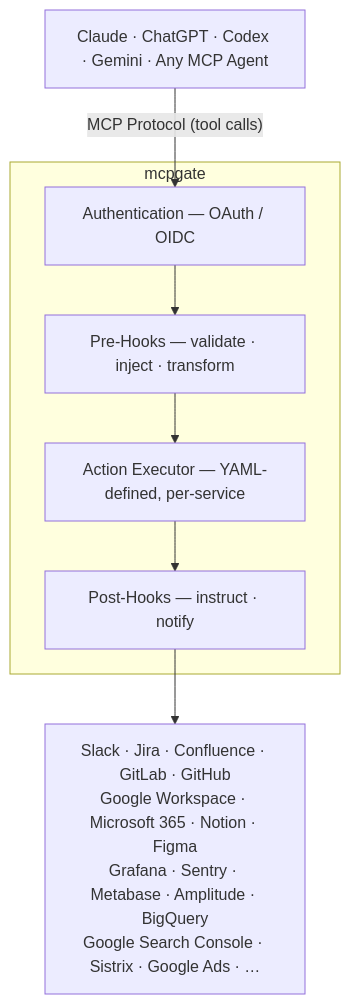
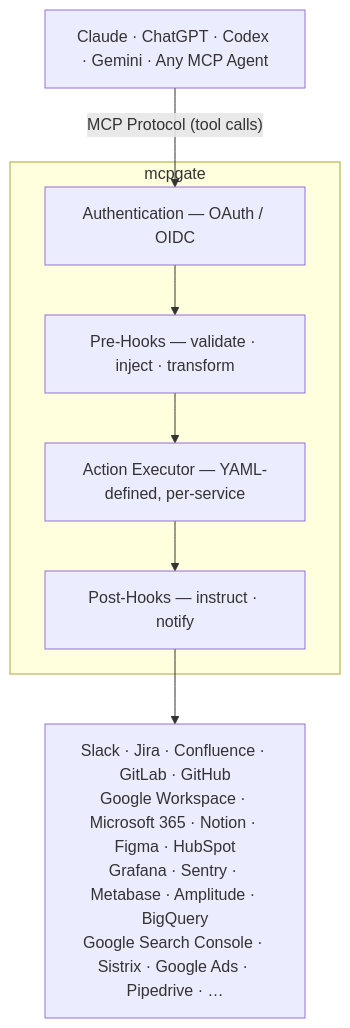
One commit to Mcpgate-de/mcpgate changed the diagram in README.md. Above: the diagram before and after it, drawn with Mermaid. The commit also changed other lines of this file, not shown here.

First line of the commit message:
docs: sync README service catalog with mcpgate.de (36 services)

````diff
--- a/README.md
+++ b/README.md
@@ -74,19 +74,19 @@
 ```mermaid
 flowchart TB
     AI["Claude · ChatGPT · Codex · Gemini · Any MCP Agent"]
     
     AI -- "MCP Protocol (tool calls)" --> Auth
 
     subgraph GW["mcpgate"]
         Auth["Authentication — OAuth / OIDC"]
         Pre["Pre-Hooks — validate · inject · transform"]
         Exec["Action Executor — YAML-defined, per-service"]
         Post["Post-Hooks — instruct · notify"]
 
         Auth --> Pre --> Exec --> Post
     end
 
     Post --> Services
 
-    Services["Slack · Jira · Confluence · GitLab · GitHub\nGoogle Workspace · Microsoft 365 · Notion · Figma\nGrafana · Sentry · Metabase · Amplitude · BigQuery\nGoogle Search Console · Sistrix · Google Ads · …"]
+    Services["Slack · Jira · Confluence · GitLab · GitHub\nGoogle Workspace · Microsoft 365 · Notion · Figma · HubSpot\nGrafana · Sentry · Metabase · Amplitude · BigQuery\nGoogle Search Console · Sistrix · Google Ads · Pipedrive · …"]
 ```
````
